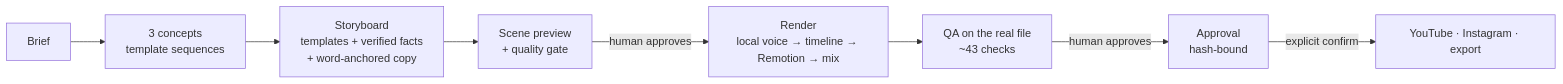
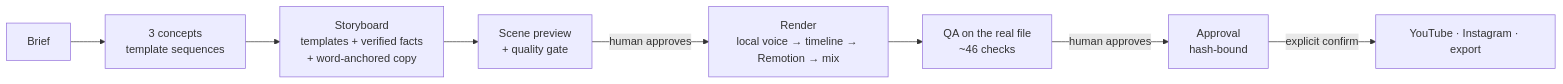
Before and after one commit to priyanshu-shroti01/video-studio: the diagram in README.md, drawn with Mermaid. The commit also changed other lines of this file and 1 other file, not shown here.

````diff
--- a/README.md
+++ b/README.md
@@ -161,10 +161,10 @@
 ```mermaid
 flowchart LR
     B[Brief] --> C[3 concepts<br/>template sequences]
     C --> S[Storyboard<br/>templates + verified facts<br/>+ word-anchored copy]
     S --> P[Scene preview<br/>+ quality gate]
     P -->|human approves| R[Render<br/>local voice → timeline → Remotion → mix]
-    R --> Q[QA on the real file<br/>~43 checks]
+    R --> Q[QA on the real file<br/>~46 checks]
     Q -->|human approves| A[Approval<br/>hash-bound]
     A -->|explicit confirm| X[YouTube · Instagram · export]
 ```
````
